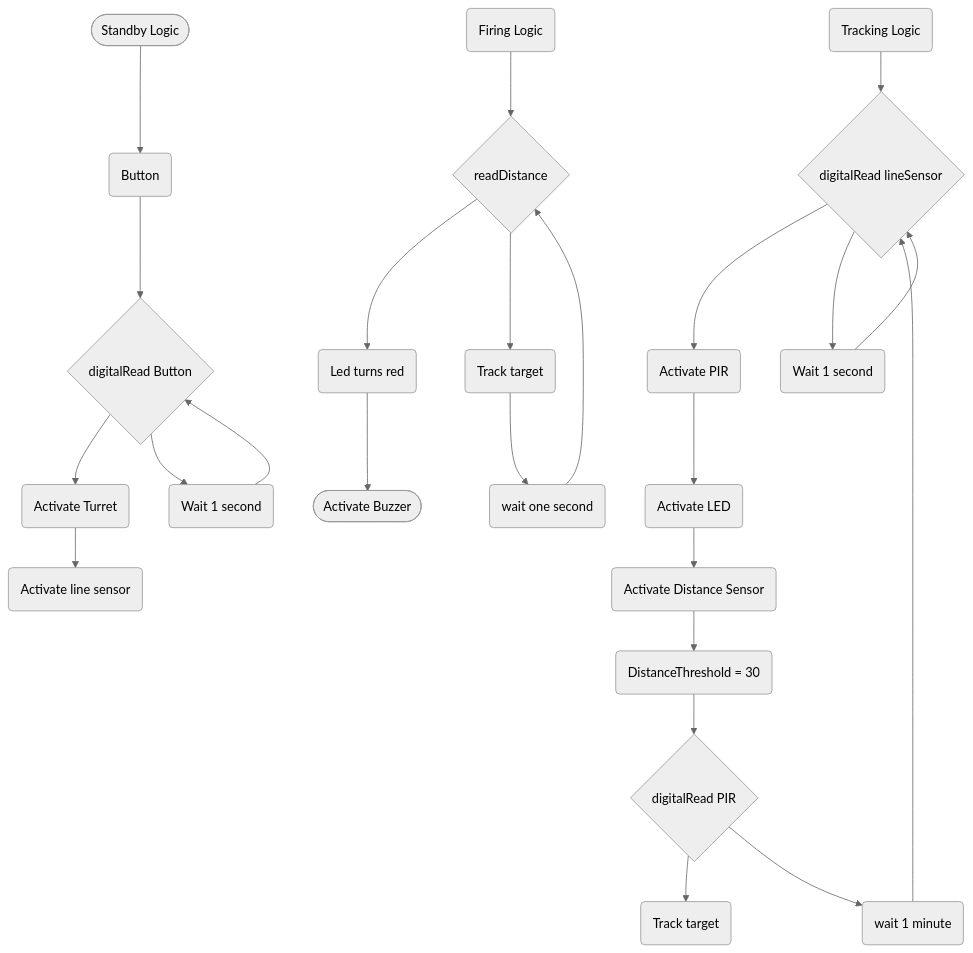
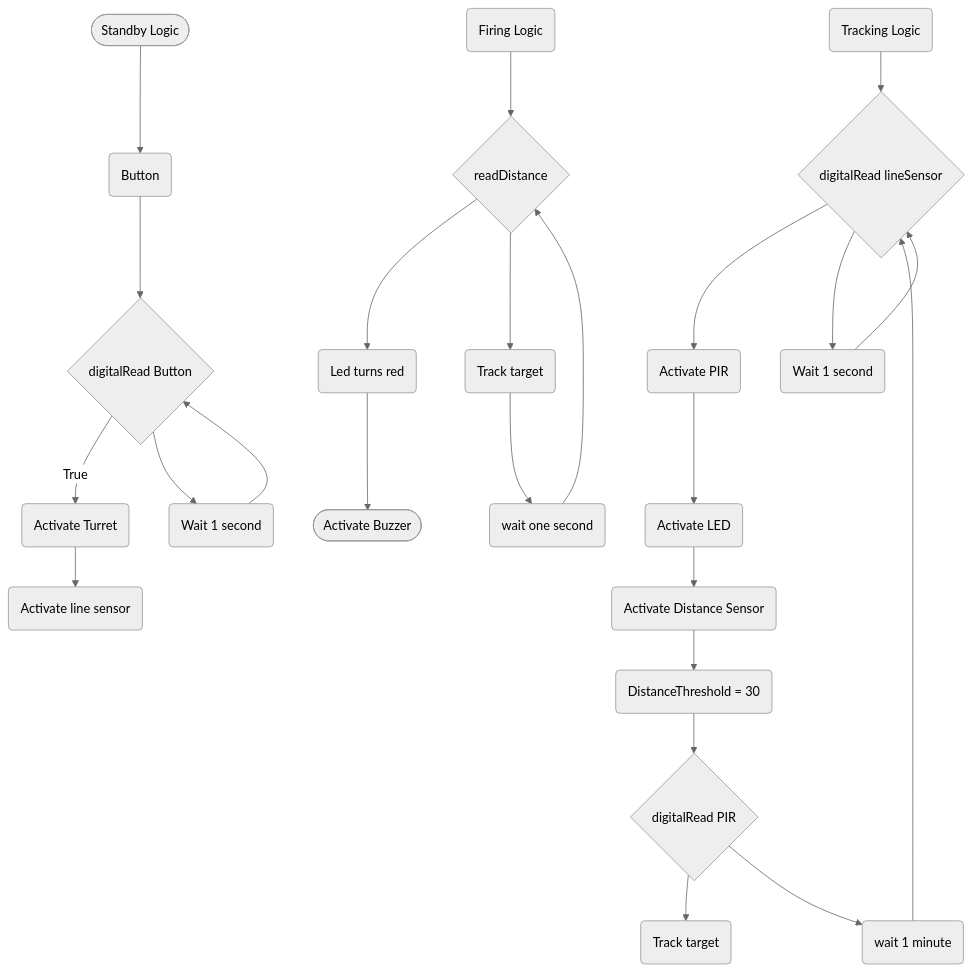
One commit to Zac2259/Smart-Turret changed the diagram in logic.md. Above: the diagram before and after it, drawn with Mermaid (neutral theme).

````diff
--- a/logic.md
+++ b/logic.md
@@ -1,52 +1,52 @@
  ```mermaid
  flowchart TD
  %%standby logic
 terminalStart([Standby Logic])
  terminalEnd([Activate Buzzer])
  Button(Button)
 Buttontrigger{digitalRead Button}
 activateturret(Activate Turret)
 activatesensor(Activate line sensor)
 loop(Wait 1 second)
 %%Tracking logic
 Tracking(Tracking Logic)
 Readline{digitalRead lineSensor}
 activatepir(Activate PIR)
 activatedistance(Activate Distance Sensor)
 activateLED(Activate LED)
 loop2(Wait 1 second)
 distance(DistanceThreshold = 30)
 ReadPIR{digitalRead PIR}
 track(Track target)
 loop3(wait 1 minute)
 %%Firing
 firelogic(Firing Logic)
 readdistance{readDistance}
 fire(Led turns red)
 Keeptrack(Track target)
 loop4(wait one second)
 terminalStart --> Button
 Button --> Buttontrigger
-Buttontrigger --> activateturret
+Buttontrigger --> |True| activateturret
 activateturret --> activatesensor
 Buttontrigger --> loop
 loop -->Buttontrigger
 Tracking --> Readline
 Readline --> activatepir
 activatepir --> activateLED
 Readline --> loop2
 loop2 --> Readline
 activateLED --> activatedistance
 activatedistance --> distance
 distance --> ReadPIR
 ReadPIR --> track
 ReadPIR --> loop3
 loop3 --> Readline
 firelogic --> readdistance
 readdistance --> fire
 fire --> terminalEnd
 readdistance --> Keeptrack
 Keeptrack --> loop4 
 loop4 --> readdistance
 
  ```
````
